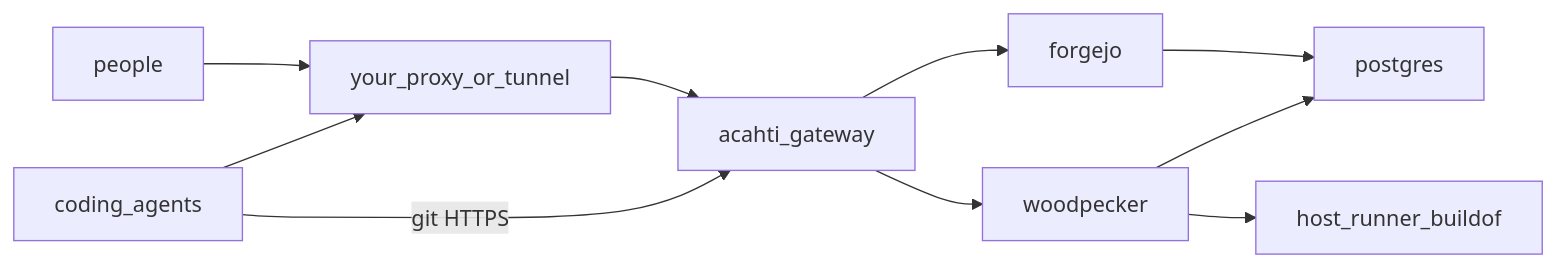
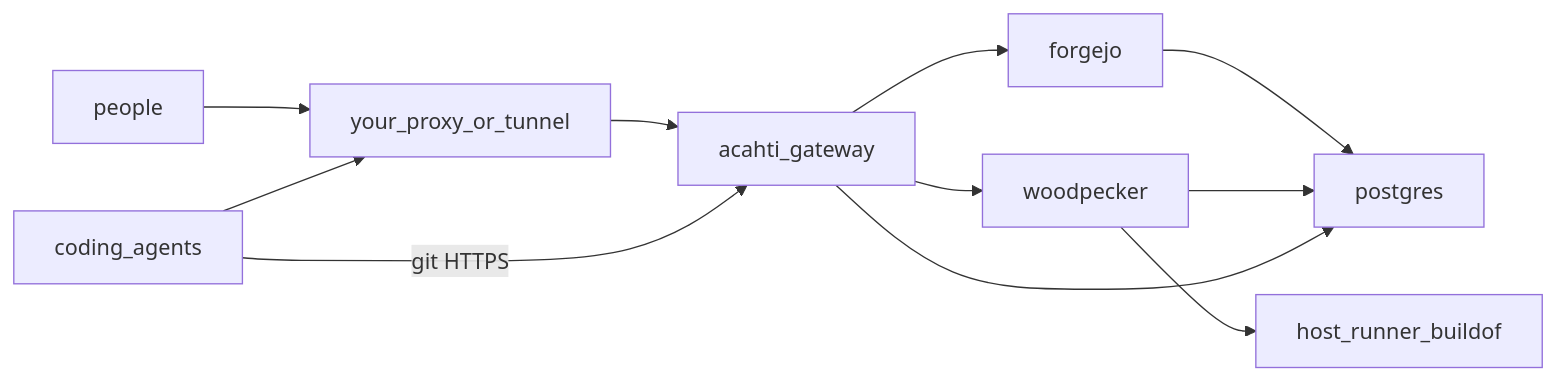
One commit to lpythu/acahti changed the diagram in README.md. Above: the diagram before and after it, drawn with Mermaid. The commit also changed other lines of this file and 12 other files, not shown here.

````diff
--- a/README.md
+++ b/README.md
@@ -11,21 +13,22 @@
 ```mermaid
 flowchart LR
   people[people]
   agents[coding_agents]
   yourEdge[your_proxy_or_tunnel]
   gw[acahti_gateway]
   fj[forgejo]
   wp[woodpecker]
   pg[postgres]
   buildof[host_runner_buildof]
 
   people --> yourEdge
   agents --> yourEdge
   yourEdge --> gw
   gw --> fj
   gw --> wp
   fj --> pg
   wp --> pg
+  gw --> pg
   wp --> buildof
   agents -->|"git HTTPS"| gw
 ```
````
